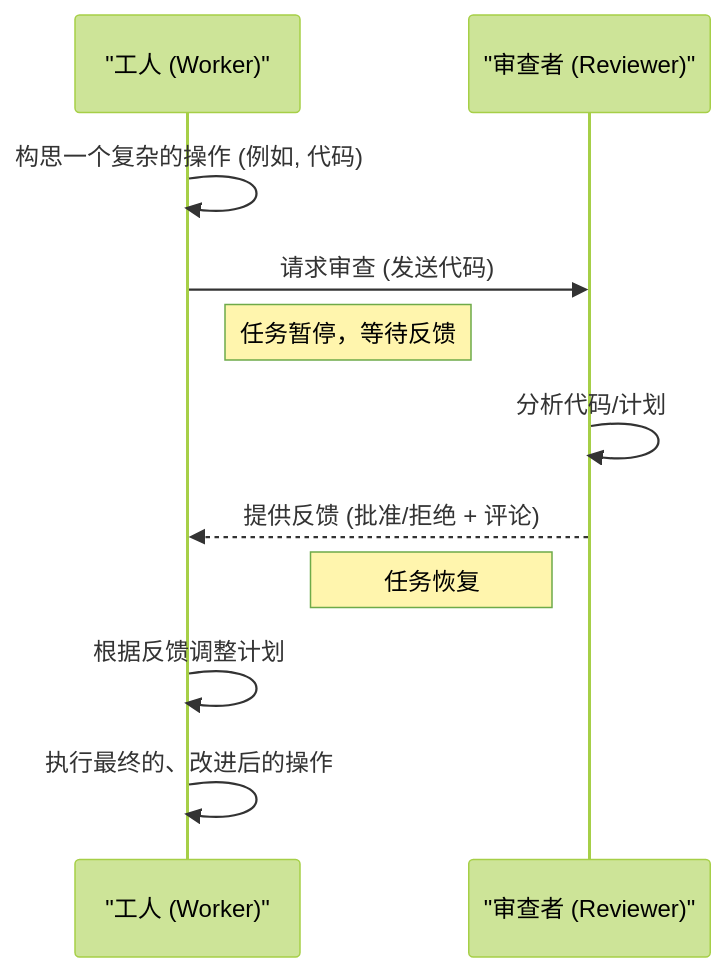
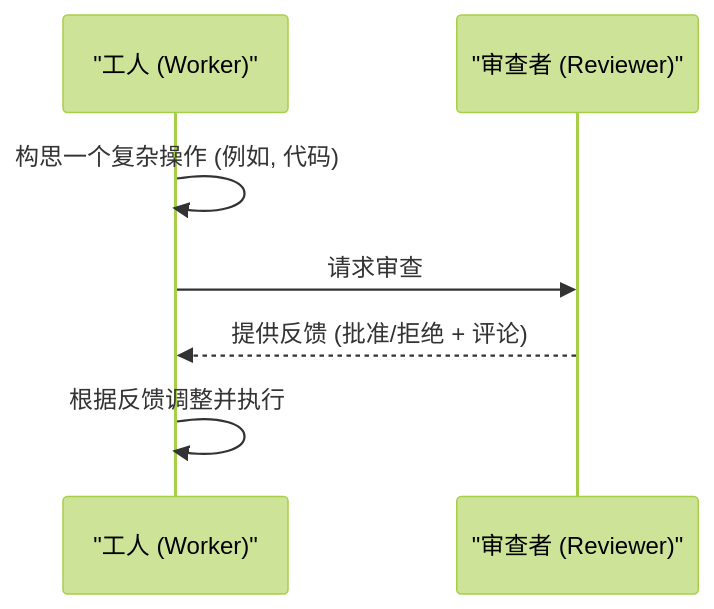
The second of 2 diagrams in README.md (zhongruichen/build-agent), drawn with Mermaid (forest theme) before and after one commit. The commit also changed other lines of this file and 25 other files, not shown here.

````diff
--- a/README.md
+++ b/README.md
@@ -45,14 +138,10 @@
 ```mermaid
 sequenceDiagram
     participant Worker as "工人 (Worker)"
     participant Reviewer as "审查者 (Reviewer)"
 
-    Worker->>Worker: 构思一个复杂的操作 (例如, 代码)
-    Worker->>Reviewer: 请求审查 (发送代码)
-    note right of Worker: 任务暂停，等待反馈
-    Reviewer->>Reviewer: 分析代码/计划
+    Worker->>Worker: 构思一个复杂操作 (例如, 代码)
+    Worker->>Reviewer: 请求审查
     Reviewer-->>Worker: 提供反馈 (批准/拒绝 + 评论)
-    note left of Reviewer: 任务恢复
-    Worker->>Worker: 根据反馈调整计划
-    Worker->>Worker: 执行最终的、改进后的操作
+    Worker->>Worker: 根据反馈调整并执行
 ```
````
